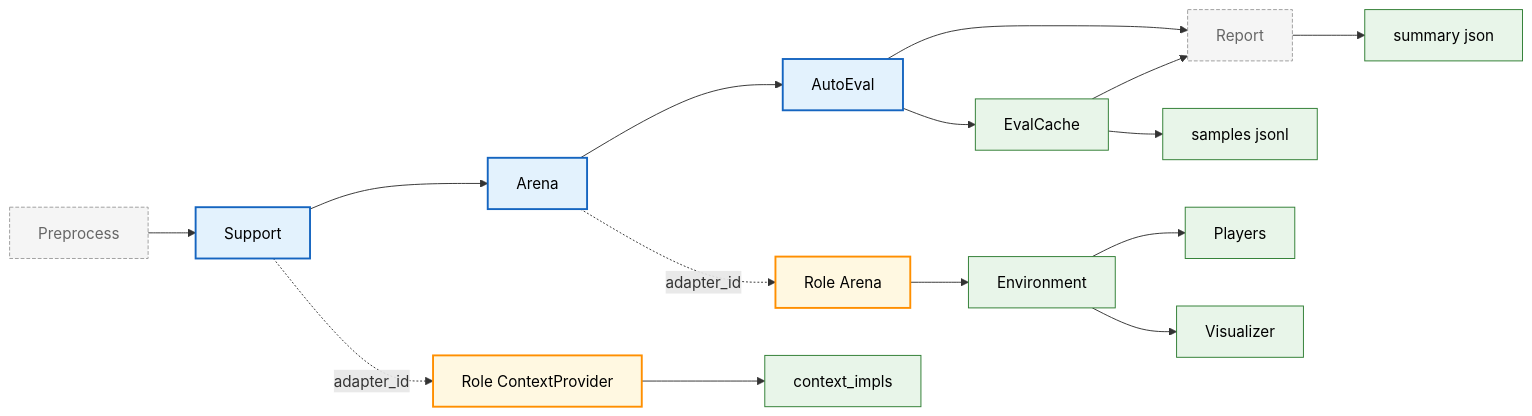
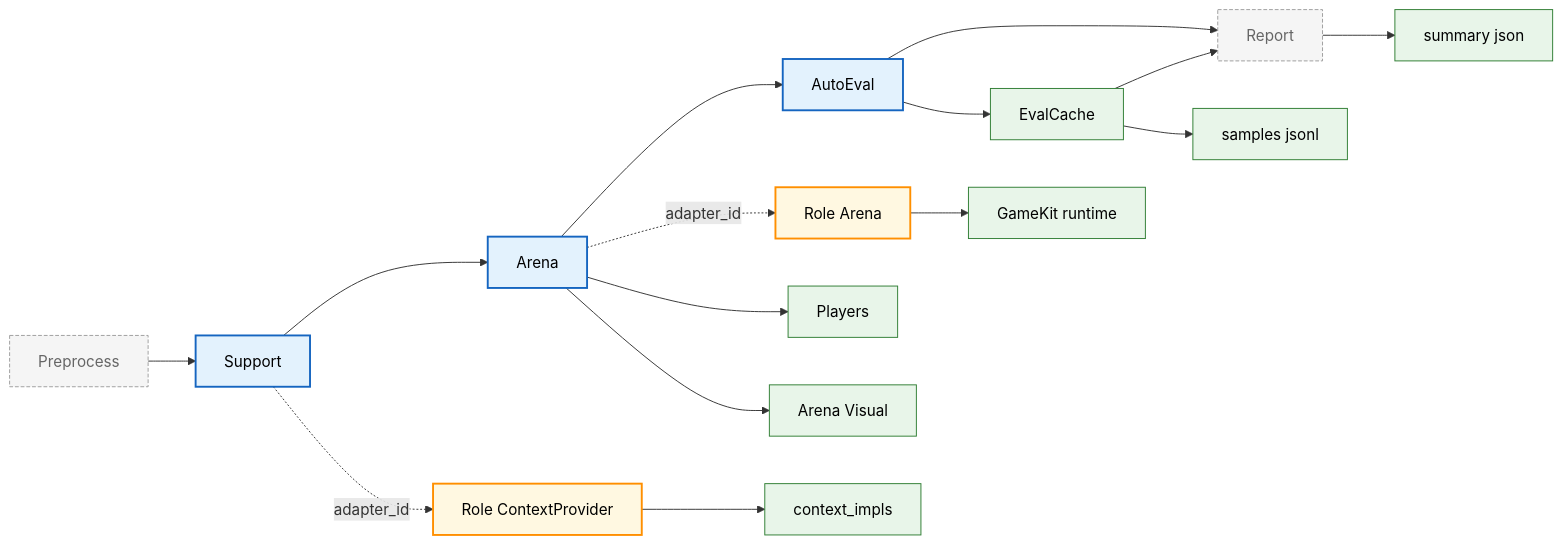
Before and after one commit to HiThink-Research/GAGE: the fourth of 14 diagrams in docs/guide/framework_overview.md, drawn with Mermaid. The commit also changed other lines of this file and 963 other files, not shown here.

First line of the commit message:
Game Arena refactor and visual docs update (#146) (#147)

````diff
--- a/docs/guide/framework_overview.md
+++ b/docs/guide/framework_overview.md
@@ -166,21 +166,21 @@
 ```mermaid
 flowchart LR
   classDef fixed fill:#F5F5F5,stroke:#9E9E9E,stroke-dasharray: 4 2,color:#666
   classDef step fill:#E3F2FD,stroke:#1565C0,stroke-width:2px,color:#000
   classDef role fill:#FFF8E1,stroke:#FF8F00,stroke-width:2px,color:#000
   classDef impl fill:#E8F5E9,stroke:#2E7D32,stroke-width:1px,color:#000
   classDef out fill:#E8F5E9,stroke:#2E7D32,stroke-width:1px,color:#000
 
   Pre[Preprocess]:::fixed --> Sup[Support]:::step --> Arena[Arena]:::step --> AE[AutoEval]:::step --> Rep[Report]:::fixed
 
   Sup -. adapter_id .-> Ctx[Role ContextProvider]:::role --> CImpl[context_impls]:::impl
-  Arena -. adapter_id .-> ARole[Role Arena]:::role --> Env[Environment]:::impl
-  Env --> Ply[Players]:::impl
-  Env --> Viz[Visualizer]:::impl
+  Arena -. adapter_id .-> ARole[Role Arena]:::role --> GameKit[GameKit runtime]:::impl
+  Arena --> Ply[Players]:::impl
+  Arena --> Viz[Arena Visual]:::impl
 
   AE --> Cache[EvalCache]:::impl
   Cache --> Rep
 
   Cache --> Samp[samples jsonl]:::out
   Rep --> Sum[summary json]:::out
 ```
````
